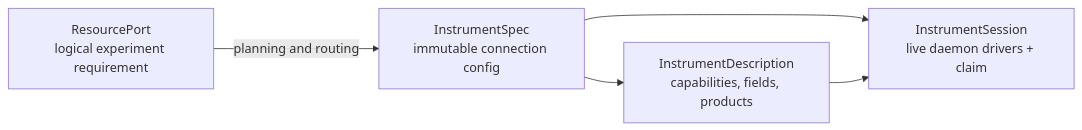
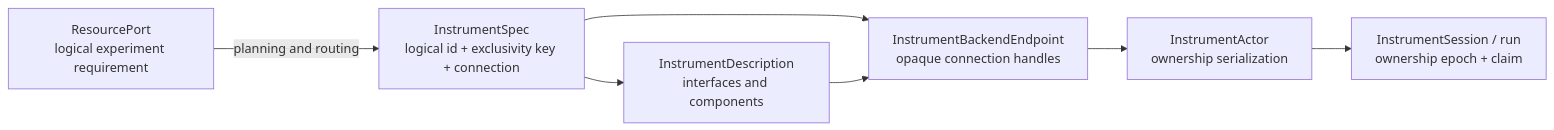
Before and after one commit to kahojyun/scopecat: the diagram in docs/instrument-control.md, drawn with Mermaid. The commit also changed other lines of this file and 310 other files, not shown here.

Commit message:
Stabilize instrument execution and interface architecture (#203)

````diff
--- a/docs/instrument-control.md
+++ b/docs/instrument-control.md
@@ -15,12 +16,16 @@
 ```mermaid
 flowchart LR
-    C["InstrumentSpec<br/>immutable connection config"]
-    D["InstrumentDescription<br/>capabilities, fields, products"]
-    S["InstrumentSession<br/>live daemon drivers + claim"]
+    C["InstrumentSpec<br/>logical id + exclusivity key + connection"]
+    D["InstrumentDescription<br/>interfaces and components"]
+    B["InstrumentBackendEndpoint<br/>opaque connection handles"]
+    A["InstrumentActor<br/>ownership serialization"]
+    S["InstrumentSession / run<br/>ownership epoch + claim"]
     R["ResourcePort<br/>logical experiment requirement"]
 
     C --> D
-    C --> S
-    D --> S
+    C --> B
+    D --> B
+    B --> A
+    A --> S
     R -->|"planning and routing"| C
 ```
````
